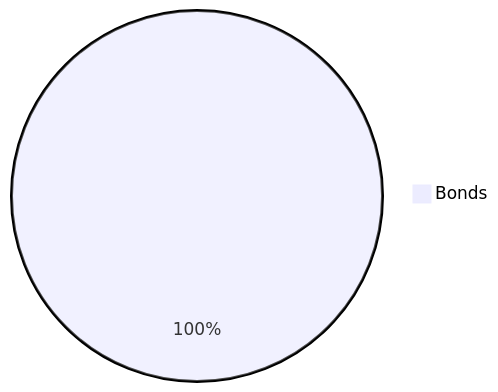
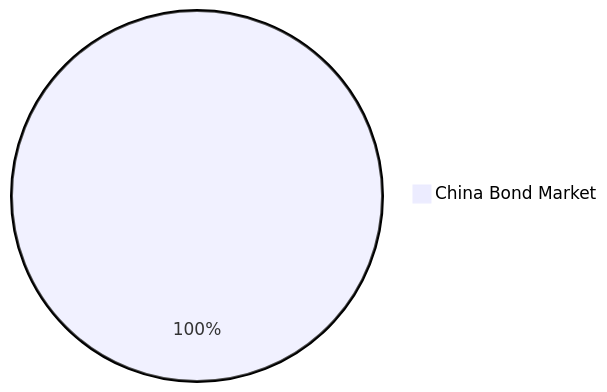
Before and after one commit to low-earth-orbit/chinese-couch-potato: the first of 6 diagrams in README.md, drawn with Mermaid. The commit also changed other lines of this file, not shown here.

````diff
--- a/README.md
+++ b/README.md
@@ -94,4 +112,4 @@
 ```mermaid
 pie
-"Bonds" : 100
+"China Bond Market" : 100
 ```
````
